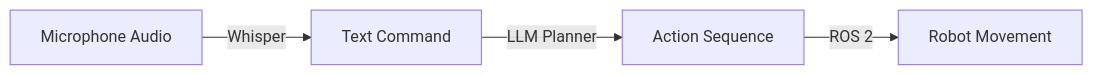
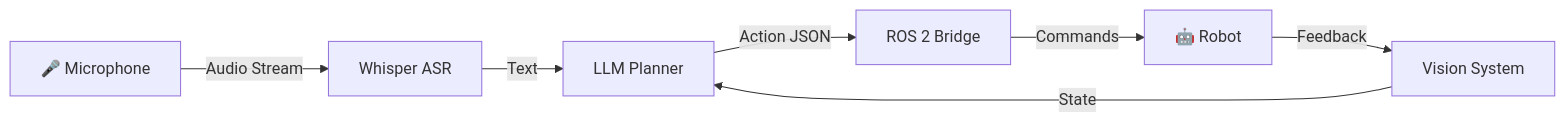
Before and after one commit to 327279/book-1: the second of 5 diagrams in frontend/docs/chapter-4-vla.md, drawn with Mermaid. The commit also changed other lines of this file and 20 other files, not shown here.

````diff
--- a/frontend/docs/chapter-4-vla.md
+++ b/frontend/docs/chapter-4-vla.md
@@ -21,6 +42,9 @@
 ```mermaid
 graph LR
-    A[Microphone Audio] -->|Whisper| B[Text Command]
-    B -->|LLM Planner| C[Action Sequence]
-    C -->|ROS 2| D[Robot Movement]
+    A[🎤 Microphone] -->|Audio Stream| B[Whisper ASR]
+    B -->|Text| C[LLM Planner]
+    C -->|Action JSON| D[ROS 2 Bridge]
+    D -->|Commands| E[🤖 Robot]
+    E -->|Feedback| F[Vision System]
+    F -->|State| C
 ```
````
